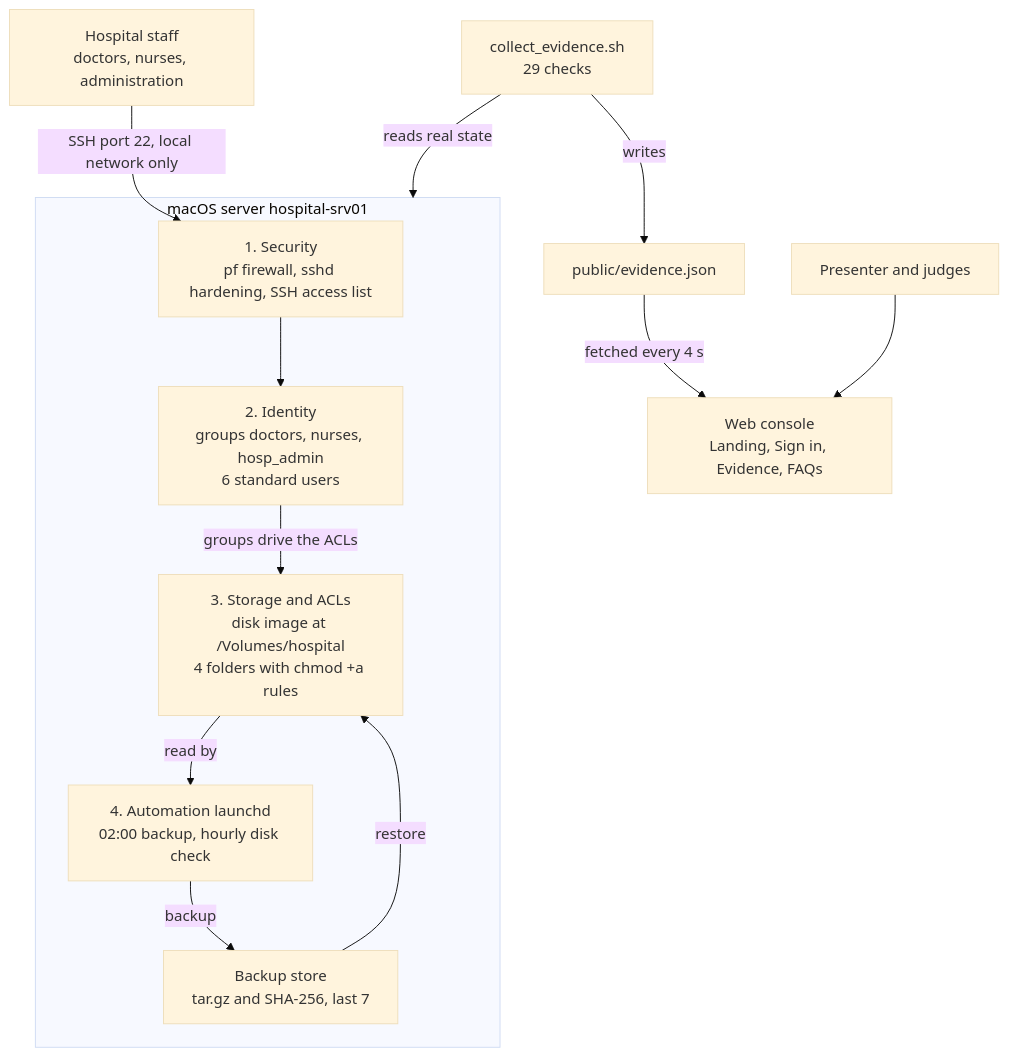
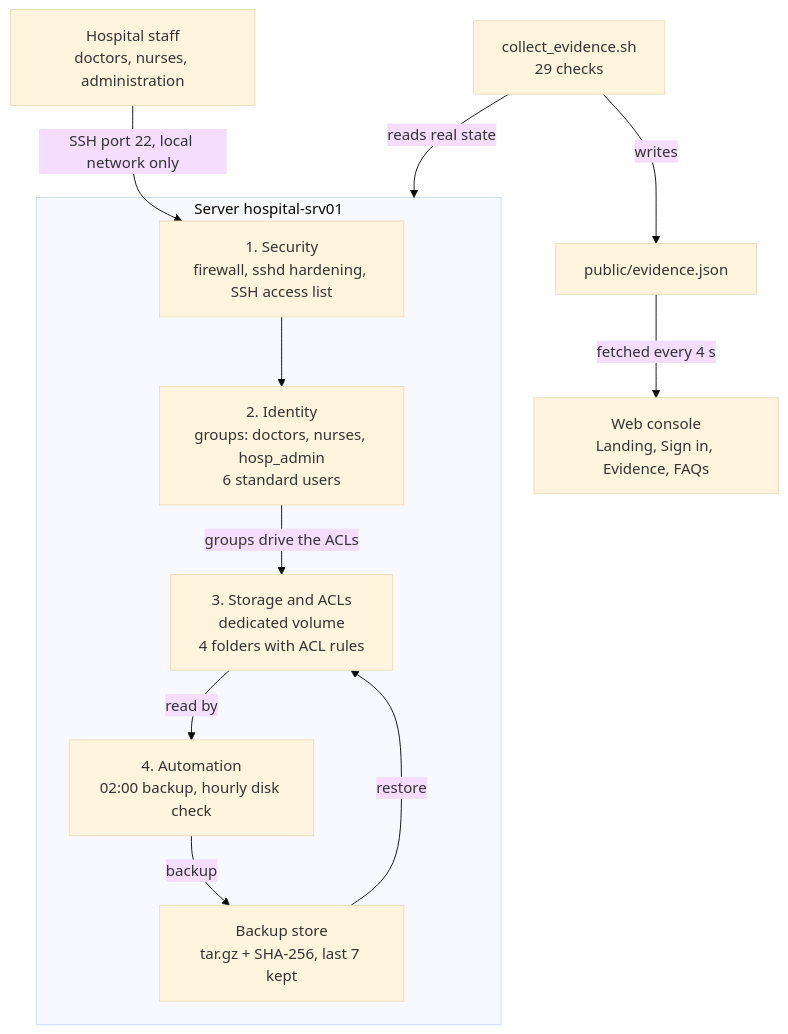
One commit to allenasat044-prog/OrangeCats changed the first of 3 diagrams in README.md. Above: the diagram before and after it, drawn with Mermaid (base theme). The commit also changed other lines of this file and 2 other files, not shown here.

````diff
--- a/README.md
+++ b/README.md
@@ -51,20 +115,19 @@
 ```mermaid
 flowchart TD
   staff["Hospital staff<br/>doctors, nurses, administration"] -->|"SSH port 22, local network only"| sec
-  subgraph server["macOS server hospital-srv01"]
-    sec["1. Security<br/>pf firewall, sshd hardening, SSH access list"]
-    ident["2. Identity<br/>groups doctors, nurses, hosp_admin<br/>6 standard users"]
-    store["3. Storage and ACLs<br/>disk image at /Volumes/hospital<br/>4 folders with chmod +a rules"]
-    auto["4. Automation launchd<br/>02:00 backup, hourly disk check"]
-    bk["Backup store<br/>tar.gz and SHA-256, last 7"]
+  subgraph server["Server hospital-srv01"]
+    sec["1. Security<br/>firewall, sshd hardening, SSH access list"]
+    ident["2. Identity<br/>groups: doctors, nurses, hosp_admin<br/>6 standard users"]
+    store["3. Storage and ACLs<br/>dedicated volume<br/>4 folders with ACL rules"]
+    auto["4. Automation<br/>02:00 backup, hourly disk check"]
+    bk["Backup store<br/>tar.gz + SHA-256, last 7 kept"]
     sec --> ident
     ident -->|"groups drive the ACLs"| store
     store -->|"read by"| auto
     auto -->|"backup"| bk
     bk -->|"restore"| store
   end
   collect["collect_evidence.sh<br/>29 checks"] -->|"reads real state"| server
   collect -->|"writes"| json["public/evidence.json"]
   json -->|"fetched every 4 s"| web["Web console<br/>Landing, Sign in, Evidence, FAQs"]
-  judges["Presenter and judges"] --> web
 ```
````
